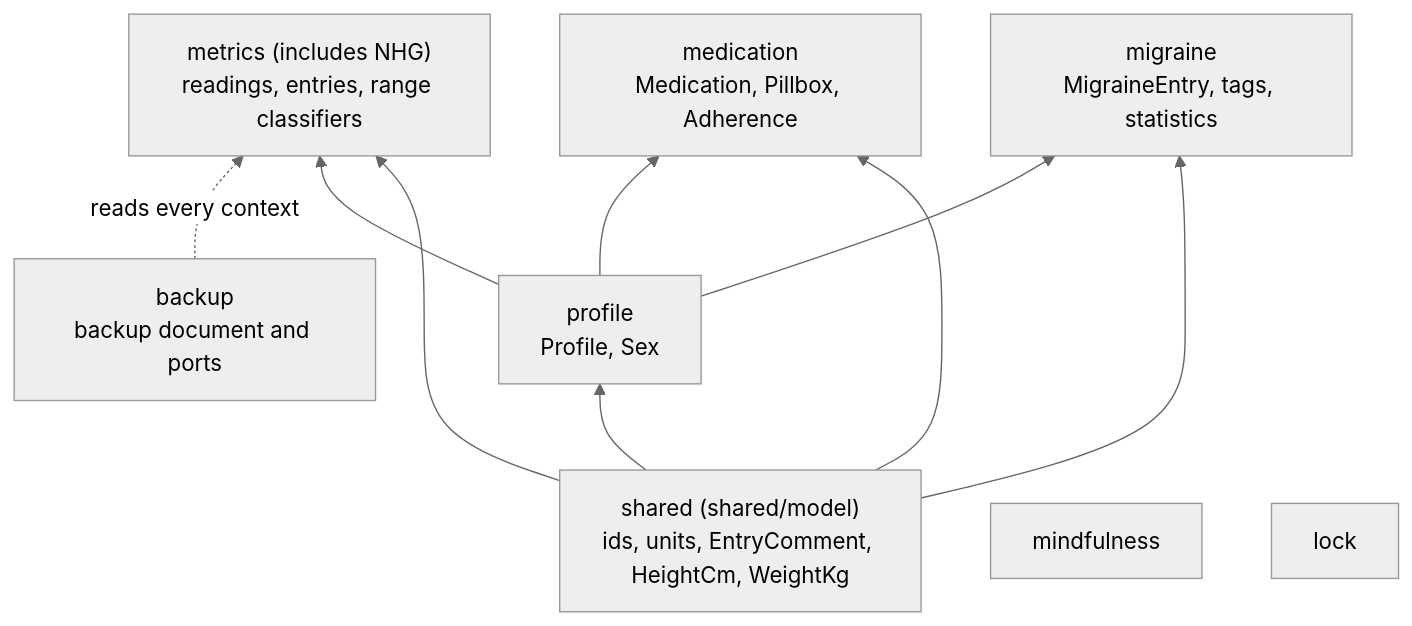
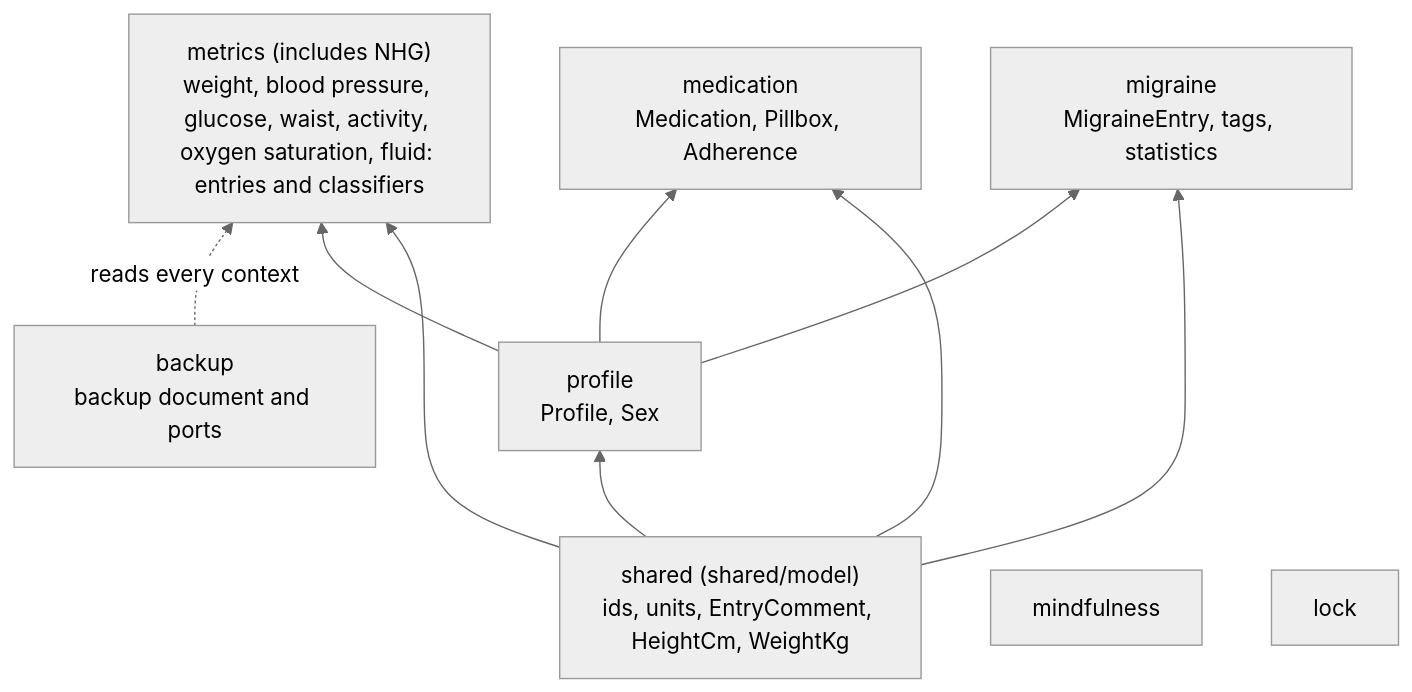
One commit to mannetje/health_journal changed the diagram in docs/dev/context-map.md. Above: the diagram before and after it, drawn with Mermaid (neutral theme). The commit also changed 41 other files, not shown here.

Commit message:
docs: bring specs, diagrams and docs in step with the code; archive add-fluid-intake (#40)

````diff
--- a/docs/dev/context-map.md
+++ b/docs/dev/context-map.md
@@ -7,19 +7,19 @@
 ```mermaid
 flowchart BT
     SHARED["shared (shared/model)<br/>ids, units, EntryComment, HeightCm, WeightKg"]
     PROFILE["profile<br/>Profile, Sex"]
-    METRICS["metrics (includes NHG)<br/>readings, entries, range classifiers"]
+    METRICS["metrics (includes NHG)<br/>weight, blood pressure, glucose, waist, activity, oxygen saturation, fluid: entries and classifiers"]
     MED["medication<br/>Medication, Pillbox, Adherence"]
     MIG["migraine<br/>MigraineEntry, tags, statistics"]
     BACKUP["backup<br/>backup document and ports"]
     MIND["mindfulness"]
     LOCK["lock"]
     SHARED --> PROFILE
     SHARED --> METRICS
     SHARED --> MED
     SHARED --> MIG
     PROFILE --> METRICS
     PROFILE --> MED
     PROFILE --> MIG
     BACKUP -.reads every context.-> METRICS
 ```
````
